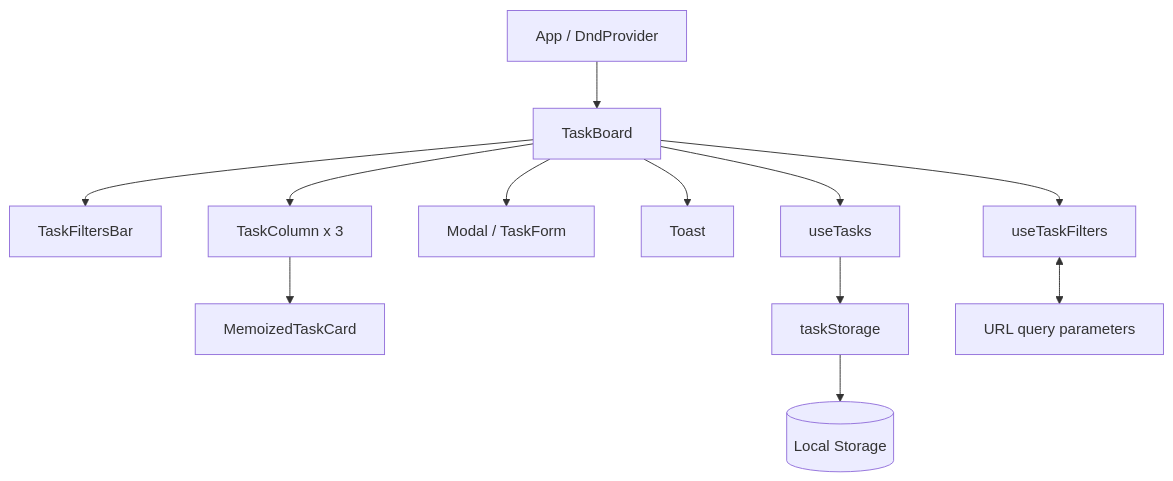
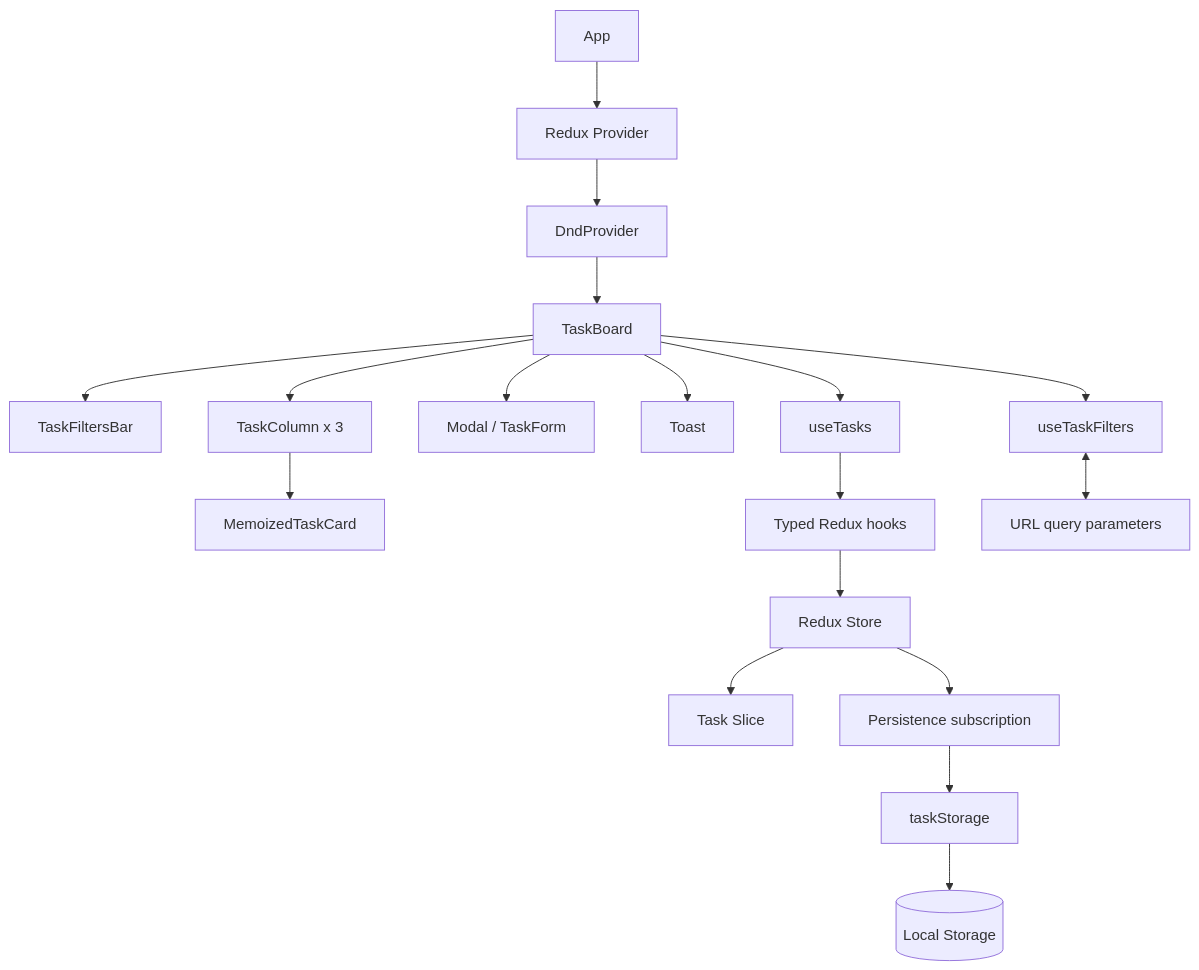
One commit to Nithish259/team-workflow-board changed the first of 4 diagrams in ARCHITECTURE.md. Above: the diagram before and after it, drawn with Mermaid. The commit also changed other lines of this file and 15 other files, not shown here.

````diff
--- a/ARCHITECTURE.md
+++ b/ARCHITECTURE.md
@@ -9,14 +26,23 @@
 ```mermaid
 flowchart TD
-    A[App / DndProvider] --> B[TaskBoard]
+    A[App] --> P[Redux Provider]
+    P --> Q[DndProvider]
+    Q --> B[TaskBoard]
+
     B --> C[TaskFiltersBar]
     B --> D[TaskColumn x 3]
     D --> E[MemoizedTaskCard]
     B --> F[Modal / TaskForm]
     B --> G[Toast]
     B --> H[useTasks]
     B --> I[useTaskFilters]
-    H --> J[taskStorage]
+
+    H --> R[Typed Redux hooks]
+    R --> S[Redux Store]
+    S --> T[Task Slice]
+    S --> U[Persistence subscription]
+    U --> J[taskStorage]
     J --> K[(Local Storage)]
+
     I <--> L[URL query parameters]
 ```
````
